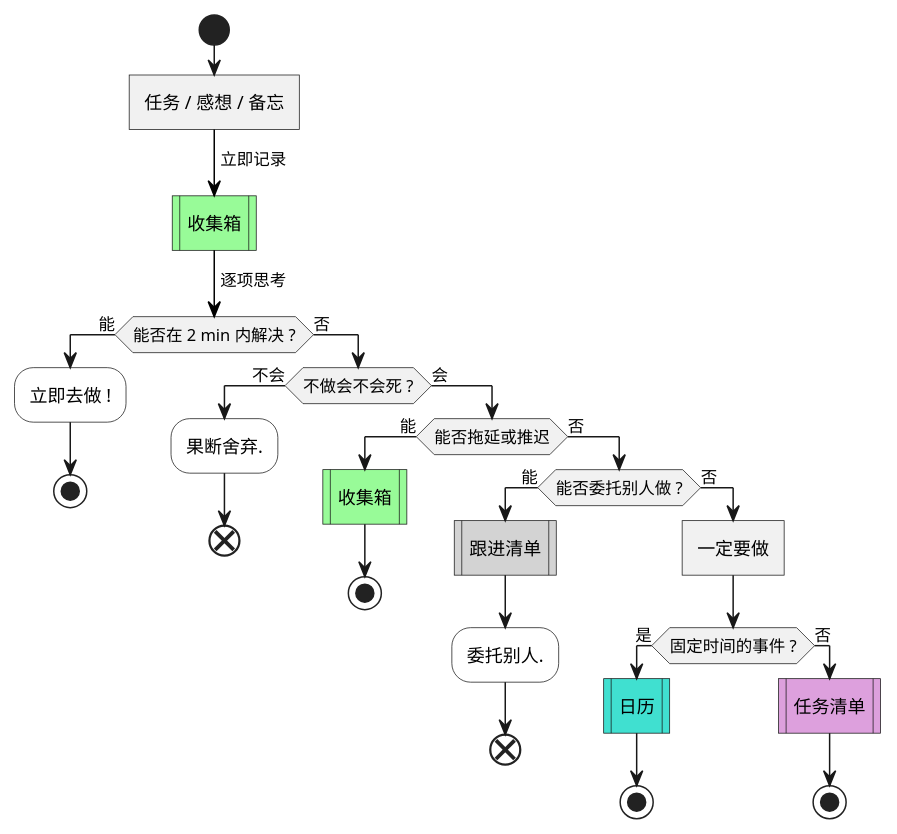
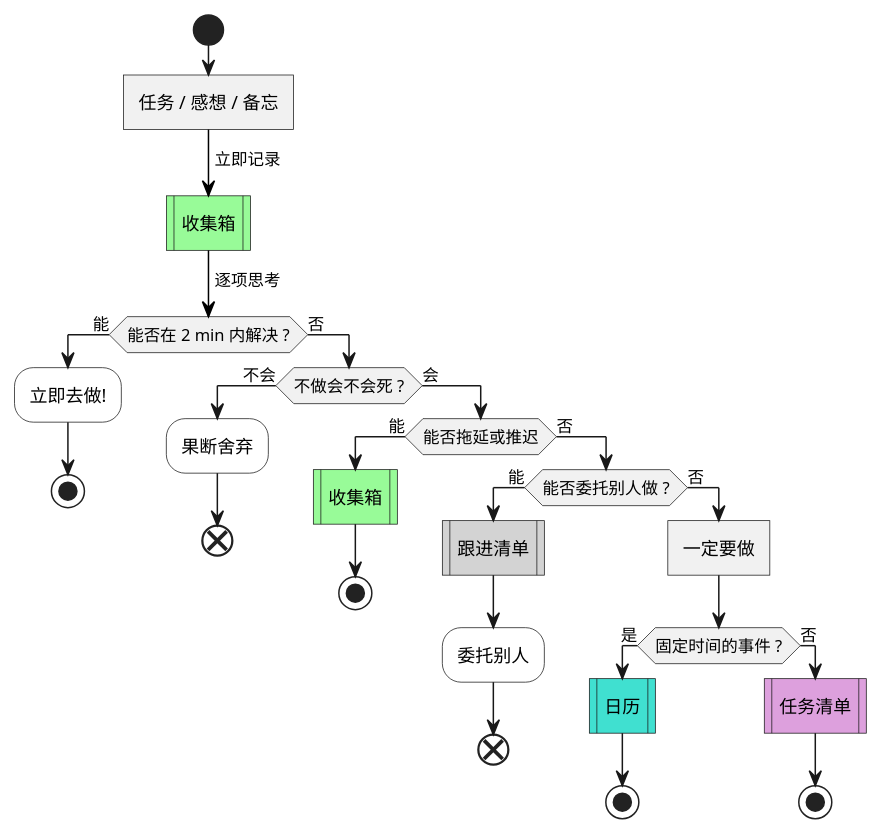
Before and after one commit to IceHe/icehe-lib: the ninth of 10 diagrams in snips/principles/gtd.md, drawn with PlantUML. The commit also changed 3 other files, not shown here.

````diff
--- a/snips/principles/gtd.md
+++ b/snips/principles/gtd.md
@@ -336,38 +336,38 @@
 ```plantuml
 @startuml
 start
 :任务 / 感想 / 备忘]
 -[#black]-> 立即记录;
 #paleGreen:收集箱|
 -[#black]-> 逐项思考;
 if (能否在 2 min 内解决 ?) then (能)
-    #white:立即去做 !;
+    #white:立即去做!;
     stop
 else (否)
     if (不做会不会死 ?) then (不会)
-        #white:果断舍弃.;
+        #white:果断舍弃;
         end
     else (会)
         if (能否拖延或推迟) then (能)
             #paleGreen:收集箱|
             stop
         else (否)
             if (能否委托别人做 ?) then (能)
                 #lightGray:跟进清单|
-                #white:委托别人.;
+                #white:委托别人;
                 end
             else (否)
                 :一定要做]
                 if (固定时间的事件 ?) then (是)
                     #turquoise:日历|
                     stop
                 else (否)
                     #plum:任务清单|
                     stop
                 endif
             endif
         endif
     endif
 endif
 @enduml
 ```
````
